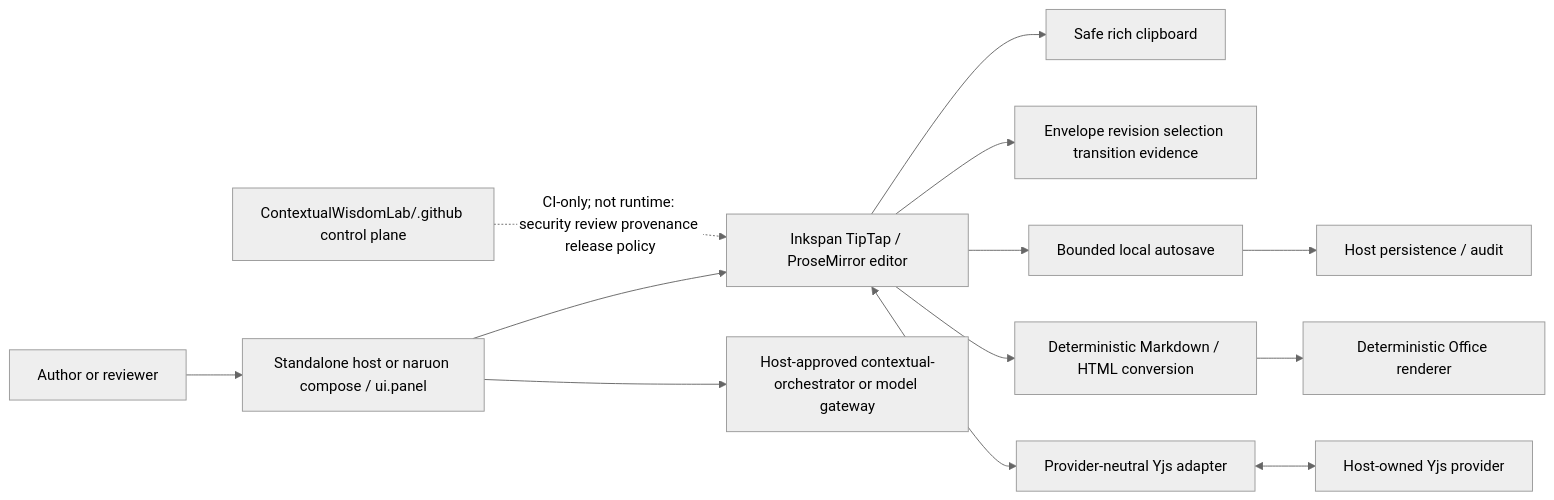
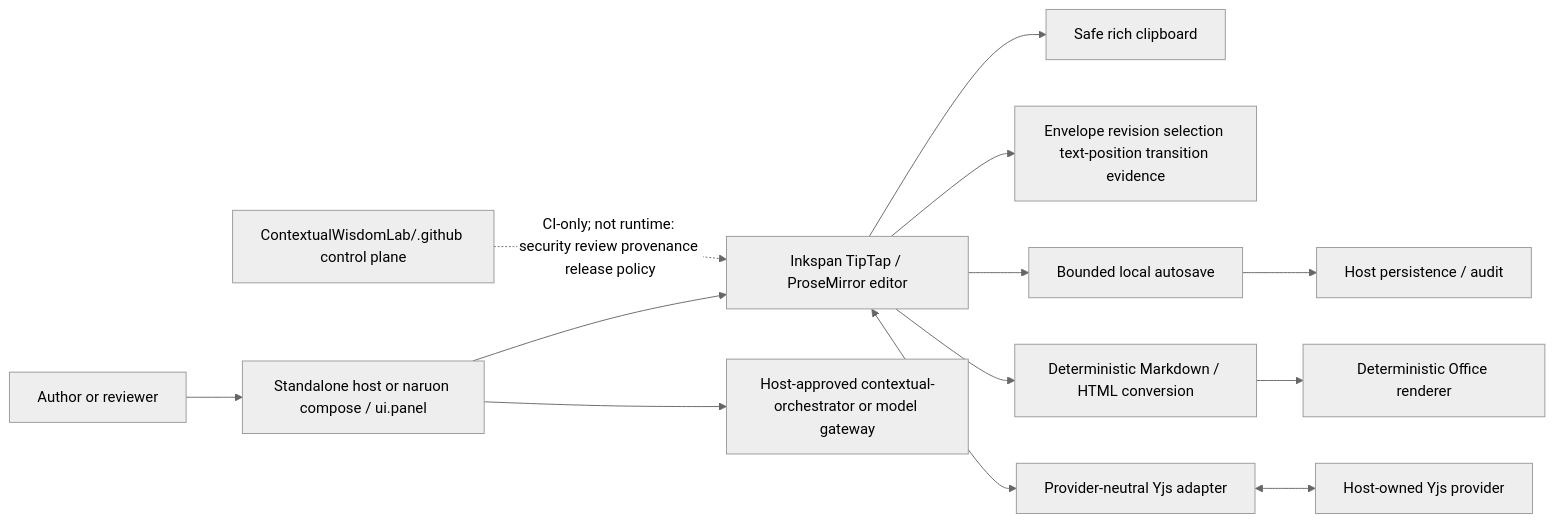
One commit to ContextualWisdomLab/inkspan changed the first of 18 diagrams in docs/UML.md. Above: the diagram before and after it, drawn with Mermaid (neutral theme). The commit also changed other lines of this file, not shown here.

Commit message:
docs(uml): diagram protected W3C selector evidence

````diff
--- a/docs/UML.md
+++ b/docs/UML.md
@@ -9,29 +9,29 @@
 ```mermaid
 flowchart LR
   User[Author or reviewer]
   HostApp[Standalone host or naruon compose / ui.panel]
   EditorCore[Inkspan TipTap / ProseMirror editor]
   ClipboardBoundary[Safe rich clipboard]
-  EvidenceCore[Envelope revision selection transition evidence]
+  EvidenceCore[Envelope revision selection text-position transition evidence]
   AutosaveCore[Bounded local autosave]
   ConversionCore[Deterministic Markdown / HTML conversion]
   OfficeRenderer[Deterministic Office renderer]
   CollaborationAdapter[Provider-neutral Yjs adapter]
   HostProvider[Host-owned Yjs provider]
   HostStore[Host persistence / audit]
   ModelGateway[Host-approved contextual-orchestrator or model gateway]
   ControlPlane[ContextualWisdomLab/.github control plane]
 
   User --> HostApp
   HostApp --> EditorCore
   EditorCore --> ClipboardBoundary
   EditorCore --> EvidenceCore
   EditorCore --> AutosaveCore
   EditorCore --> ConversionCore
   ConversionCore --> OfficeRenderer
   EditorCore <--> CollaborationAdapter
   CollaborationAdapter <--> HostProvider
   AutosaveCore --> HostStore
   HostApp --> ModelGateway
   ControlPlane -. CI-only; not runtime: security review provenance release policy .-> EditorCore
 ```
````
